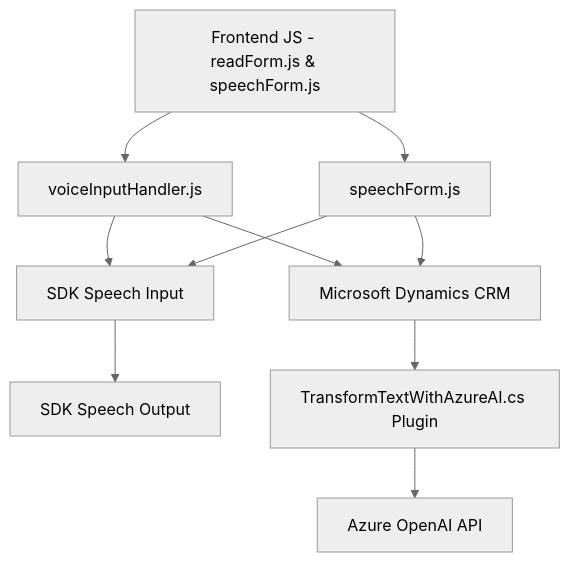
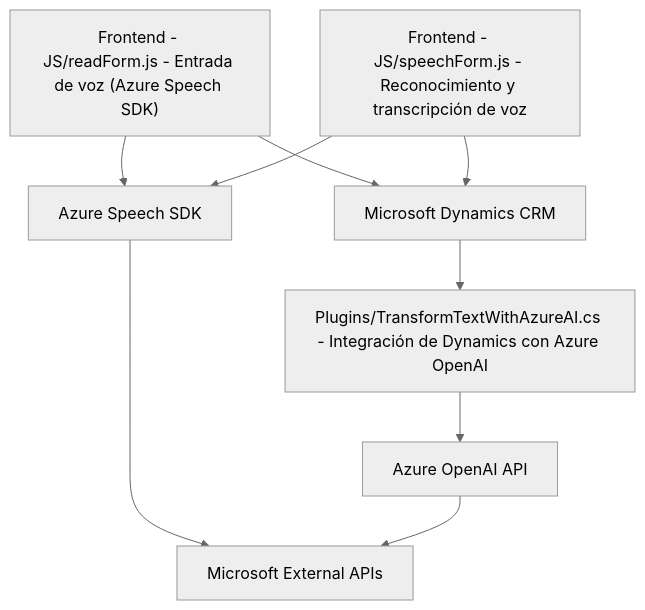
One commit to blopezdm/NETCORE_BILBAO2025 changed the diagram in README.md. Above: the diagram before and after it, drawn with Mermaid (neutral theme). The commit also changed other lines of this file, not shown here.

Commit message:
Actualizar análisis global de la solución con IA

````diff
--- a/README.md
+++ b/README.md
@@ -46,18 +50,12 @@
 ```mermaid
 graph TD
-    A["Frontend JS - readForm.js & speechForm.js"]
-    B["voiceInputHandler.js"]
-    C["speechForm.js"]
-    D["SDK Speech Input"]
-    E["SDK Speech Output"]
-    F["Microsoft Dynamics CRM"]
-    G["TransformTextWithAzureAI.cs Plugin"]
-    H["Azure OpenAI API"]
-
-    A --> B --> D
-    A --> C --> D
-    D --> E
-    B --> F
-    C --> F --> G
-    G --> H
+    A1["Frontend - JS/readForm.js - Entrada de voz (Azure Speech SDK)"] --> D1["Azure Speech SDK"]
+    A2["Frontend - JS/speechForm.js - Reconocimiento y transcripción de voz"] --> D1
+    A1 --> B1["Microsoft Dynamics CRM"]
+    A2 --> B1
+    A3["Plugins/TransformTextWithAzureAI.cs - Integración de Dynamics con Azure OpenAI"] --> C1["Azure OpenAI API"]
+    B1 --> A3
+    sub["Microsoft External APIs"]
+    D1 --> sub
+    C1 --> sub
 ```
````
